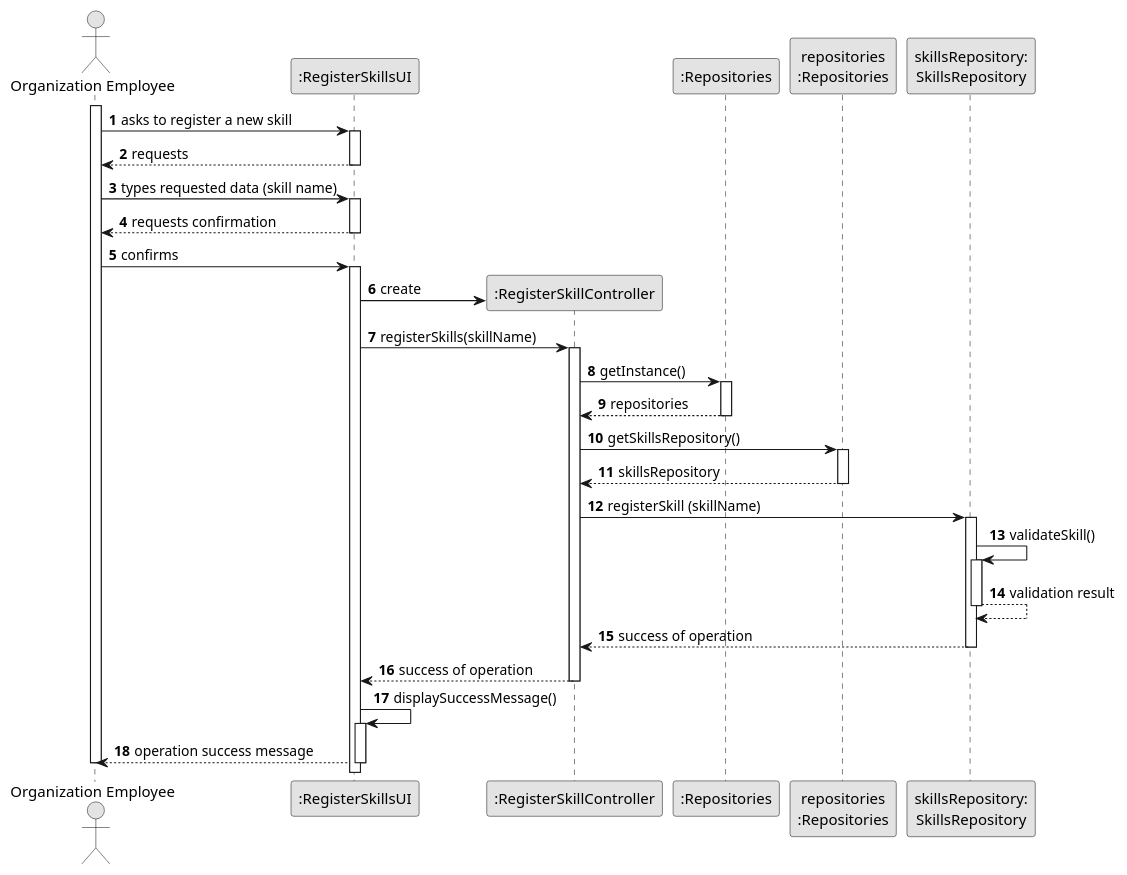
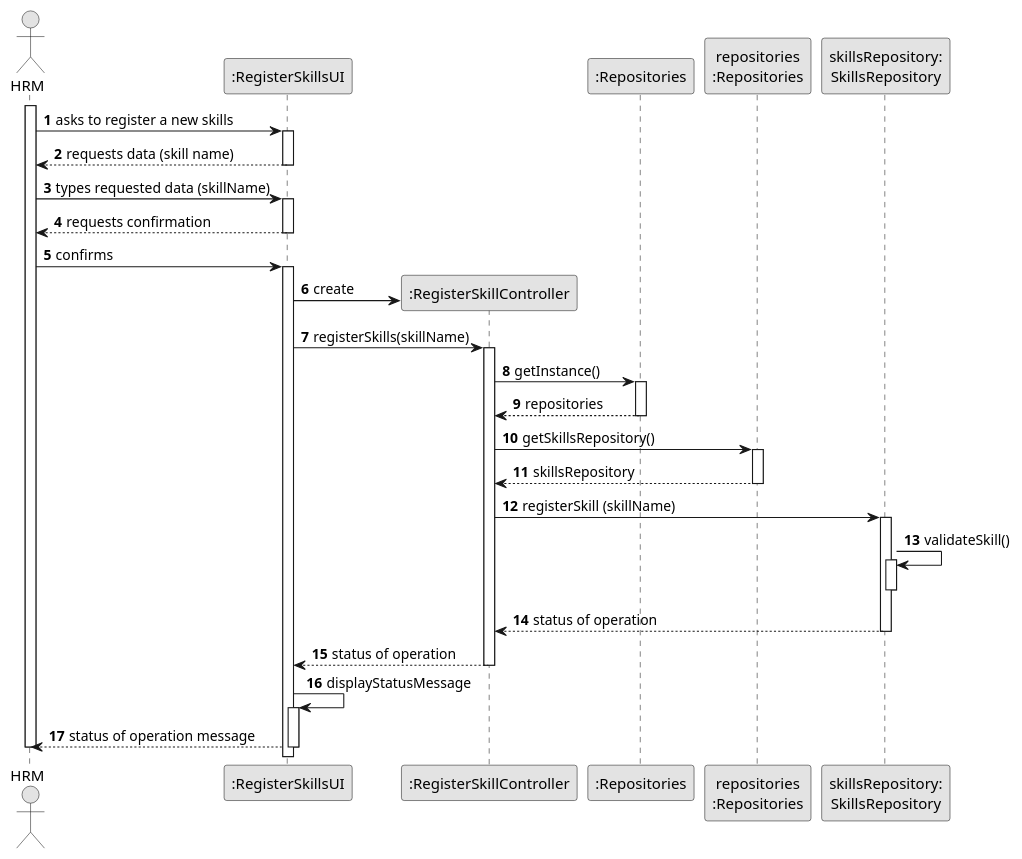
The diagram in docs/sprintB/us001/03.design/puml/us001-sequence-diagram-full.puml (Departamento-de-Engenharia-Informatica/lei-24-s2-1do-g164), drawn with PlantUML before and after one commit. The commit also changed 15 other files, not shown here.

```diff
--- a/docs/sprintB/us001/03.design/puml/us001-sequence-diagram-full.puml
+++ b/docs/sprintB/us001/03.design/puml/us001-sequence-diagram-full.puml
@@ -2,78 +2,76 @@
     @startuml
 skinparam monochrome true
 skinparam packageStyle rectangle
 skinparam shadowing false
 
 autonumber
 
 'hide footbox
-actor "Organization Employee" as ADM
+actor "HRM" as ADM
 participant ":RegisterSkillsUI" as UI
 participant ":RegisterSkillController" as CTRL
 participant ":Repositories" as RepositorySingleton
 participant "repositories\n:Repositories" as PLAT
 participant "skillsRepository:\nSkillsRepository" as skillsRepository
 
 
 activate ADM
 
-        ADM -> UI : asks to register a new skill
+        ADM -> UI : asks to register a new skills
         activate UI
-        UI --> ADM : requests
+        UI --> ADM : requests data (skill name)
         deactivate UI
-        ADM -> UI : types requested data (skill name)
+        ADM -> UI : types requested data (skillName)
         activate UI
         UI --> ADM : requests confirmation
         deactivate UI
             ADM -> UI : confirms
         activate UI
 
 '            UI --> ADM : requests data (reference, description,  informal \n description, technical description, duration, cost)
             'create CTRL
             UI -> CTRL** : create
 
             UI -> CTRL : registerSkills(skillName)
             activate CTRL
 
                 CTRL -> RepositorySingleton : getInstance()
                 activate RepositorySingleton
 
                     RepositorySingleton --> CTRL: repositories
                 deactivate RepositorySingleton
 
                 CTRL -> PLAT : getSkillsRepository()
                 activate PLAT
 
                     PLAT --> CTRL: skillsRepository
                 deactivate PLAT
 
                 CTRL -> skillsRepository : registerSkill (skillName)
                 activate skillsRepository
 
                 skillsRepository -> skillsRepository : validateSkill()
                 activate skillsRepository
-
-                skillsRepository --> skillsRepository : validation result
                 deactivate skillsRepository
 
 
-                    skillsRepository --> CTRL : success of operation
+                    skillsRepository --> CTRL : status of operation
                 deactivate skillsRepository
 
 
 
-                CTRL --> UI : success of operation
+                CTRL --> UI : status of operation
             deactivate CTRL
 
-            UI -> UI : displaySuccessMessage()
+            UI -> UI : displayStatusMessage
             activate UI
 
-            UI --> ADM : operation success message
+            UI --> ADM : status of operation message
         deactivate UI
 
 
 
 
 deactivate ADM
 
 @enduml
```
